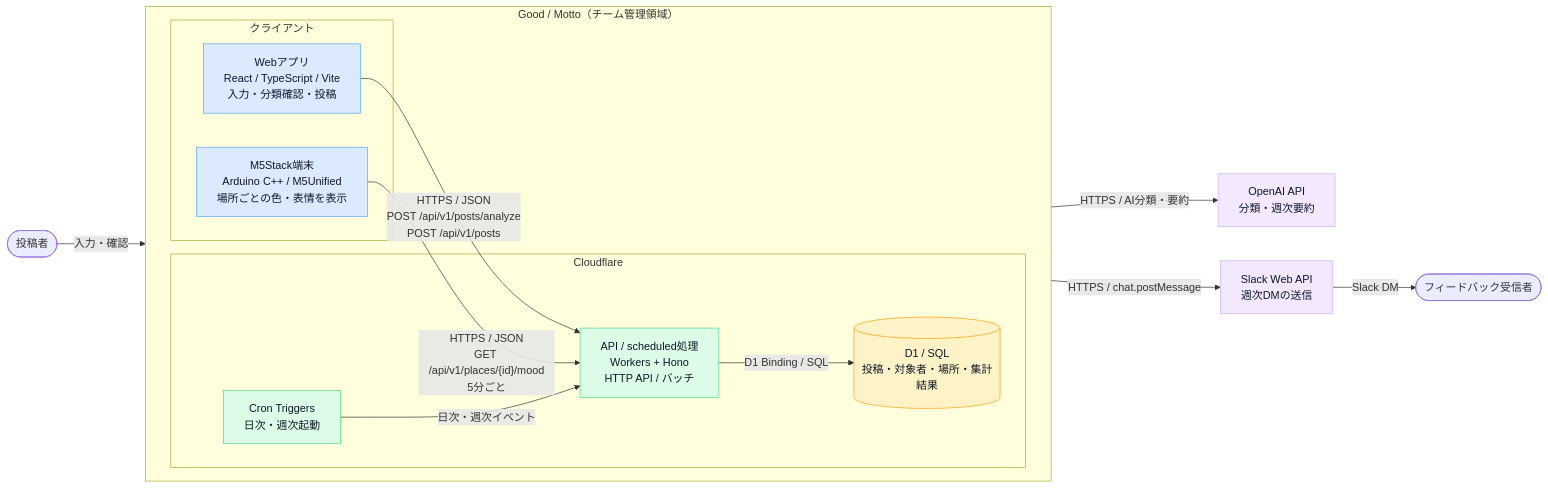
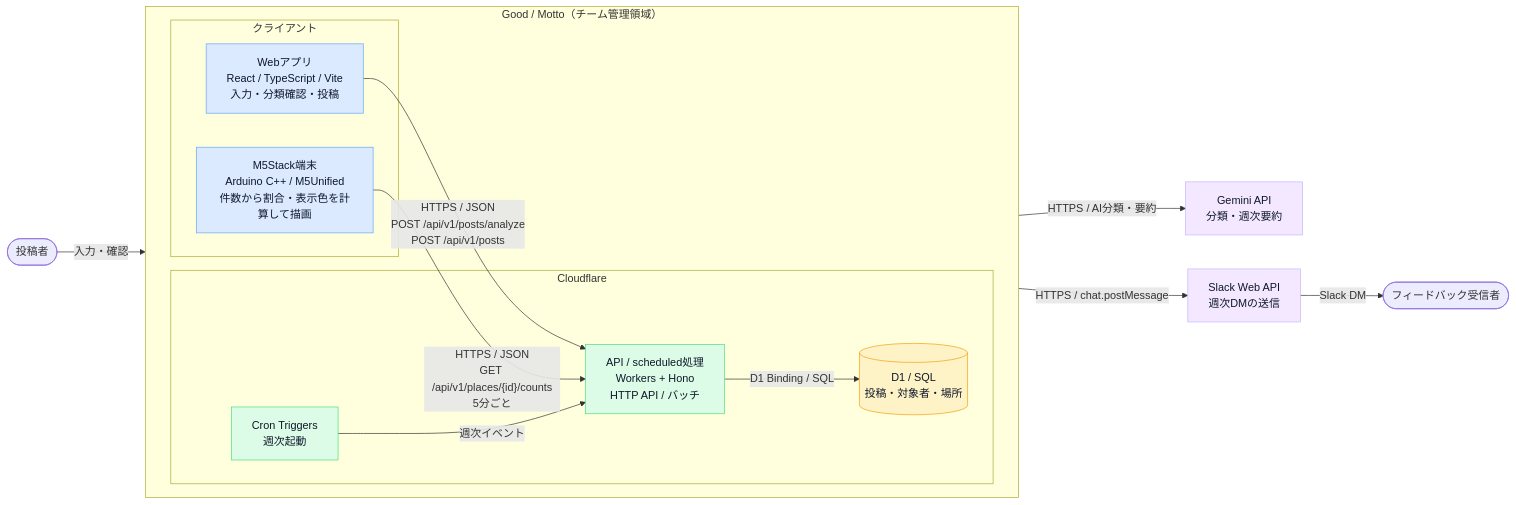
The first of 2 diagrams in docs/architecture/README.md (Tamach1Q/good-motto), drawn with Mermaid before and after one commit. The commit also changed other lines of this file, not shown here.

Commit message:
docs: align docs/architecture/README.md with Gemini and device-side mood calculation

````diff
--- a/docs/architecture/README.md
+++ b/docs/architecture/README.md
@@ -30,37 +30,37 @@
 ```mermaid
 flowchart LR
   POSTER([投稿者])
   RECIP([フィードバック受信者])
   subgraph SYS["Good / Motto（チーム管理領域）"]
     direction LR
     subgraph CLIENT["クライアント"]
       WEB["Webアプリ<br/>React / TypeScript / Vite<br/>入力・分類確認・投稿"]
-      M5["M5Stack端末<br/>Arduino C++ / M5Unified<br/>場所ごとの色・表情を表示"]
+      M5["M5Stack端末<br/>Arduino C++ / M5Unified<br/>件数から割合・表示色を計算して描画"]
     end
     subgraph CF["Cloudflare"]
       API["API / scheduled処理<br/>Workers + Hono<br/>HTTP API / バッチ"]
-      CRON["Cron Triggers<br/>日次・週次起動"]
-      DB[("D1 / SQL<br/>投稿・対象者・場所・集計結果")]
+      CRON["Cron Triggers<br/>週次起動"]
+      DB[("D1 / SQL<br/>投稿・対象者・場所")]
     end
   end
-  AI["OpenAI API<br/>分類・週次要約"]
+  AI["Gemini API<br/>分類・週次要約"]
   SLACK["Slack Web API<br/>週次DMの送信"]
 
   POSTER -->|入力・確認| WEB
   WEB -->|"HTTPS / JSON<br/>POST /api/v1/posts/analyze<br/>POST /api/v1/posts"| API
-  M5 -->|"HTTPS / JSON<br/>GET /api/v1/places/{id}/mood<br/>5分ごと"| API
-  CRON -->|日次・週次イベント| API
+  M5 -->|"HTTPS / JSON<br/>GET /api/v1/places/{id}/counts<br/>5分ごと"| API
+  CRON -->|週次イベント| API
   API -->|D1 Binding / SQL| DB
   API -->|HTTPS / AI分類・要約| AI
   API -->|HTTPS / chat.postMessage| SLACK
   SLACK -->|Slack DM| RECIP
 
   classDef client fill:#dbeafe,stroke:#60a5fa,color:#0f172a;
   classDef server fill:#dcfce7,stroke:#4ade80,color:#0f172a;
   classDef store fill:#fef3c7,stroke:#f59e0b,color:#0f172a;
   classDef ext fill:#f3e8ff,stroke:#c4b5fd,color:#0f172a;
   class WEB,M5 client;
   class API,CRON server;
   class DB store;
   class AI,SLACK ext;
 ```
````
